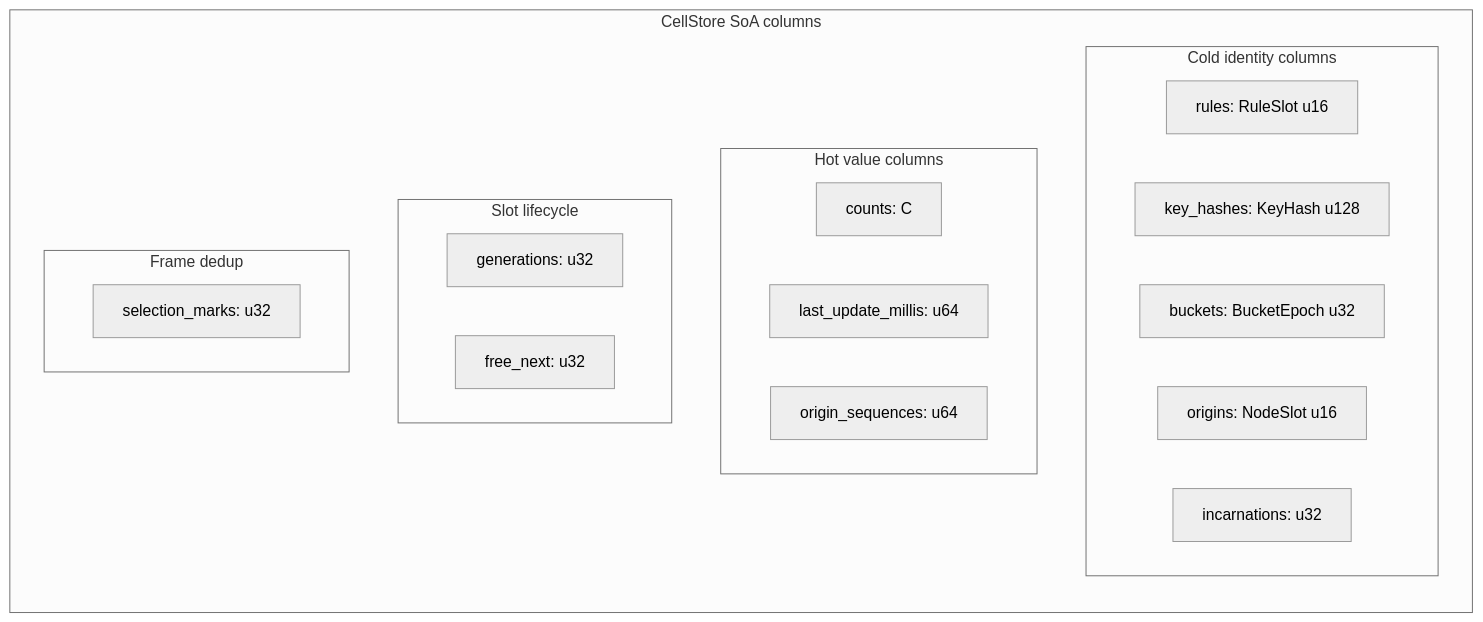
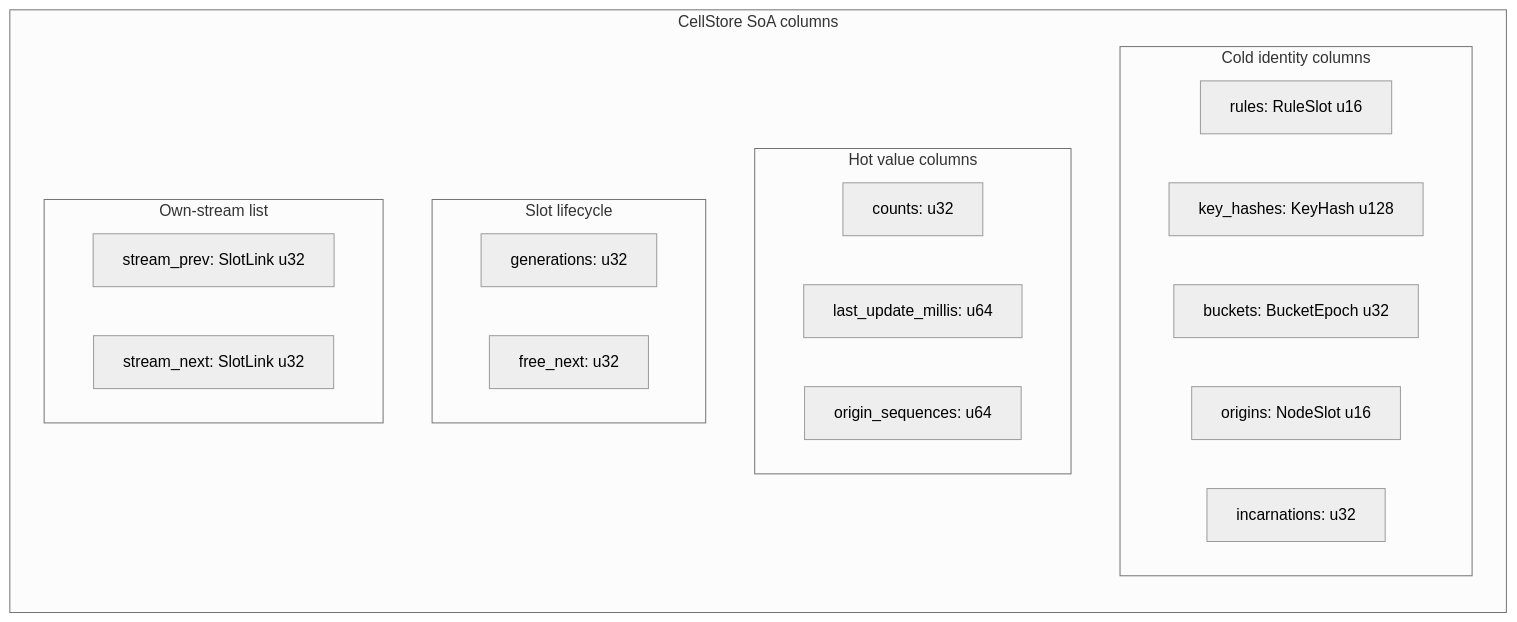
The tenth of 14 diagrams in crates/gabion/CRDT.md (prosody-events/gabion), drawn with Mermaid (neutral theme) before and after one commit. The commit also changed other lines of this file and 349 other files, not shown here.

````diff
--- a/crates/gabion/CRDT.md
+++ b/crates/gabion/CRDT.md
@@ -653,25 +501,26 @@
 ```mermaid
 flowchart LR
   subgraph CellStore[CellStore SoA columns]
     direction TB
     subgraph cold[Cold identity columns]
       R[rules: RuleSlot u16]
       K[key_hashes: KeyHash u128]
       B[buckets: BucketEpoch u32]
       O[origins: NodeSlot u16]
       I[incarnations: u32]
     end
     subgraph hot[Hot value columns]
-      C[counts: C]
+      C[counts: u32]
       L[last_update_millis: u64]
       Q[origin_sequences: u64]
     end
     subgraph life[Slot lifecycle]
       G[generations: u32]
       F[free_next: u32]
     end
-    subgraph dedup[Frame dedup]
-      M[selection_marks: u32]
+    subgraph stream[Own-stream list]
+      P[stream_prev: SlotLink u32]
+      N[stream_next: SlotLink u32]
     end
   end
 ```
````
